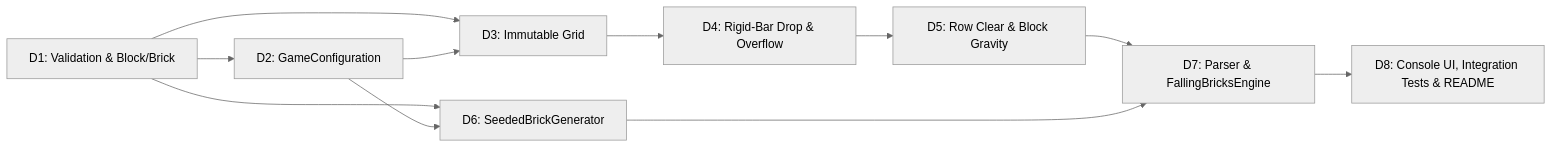
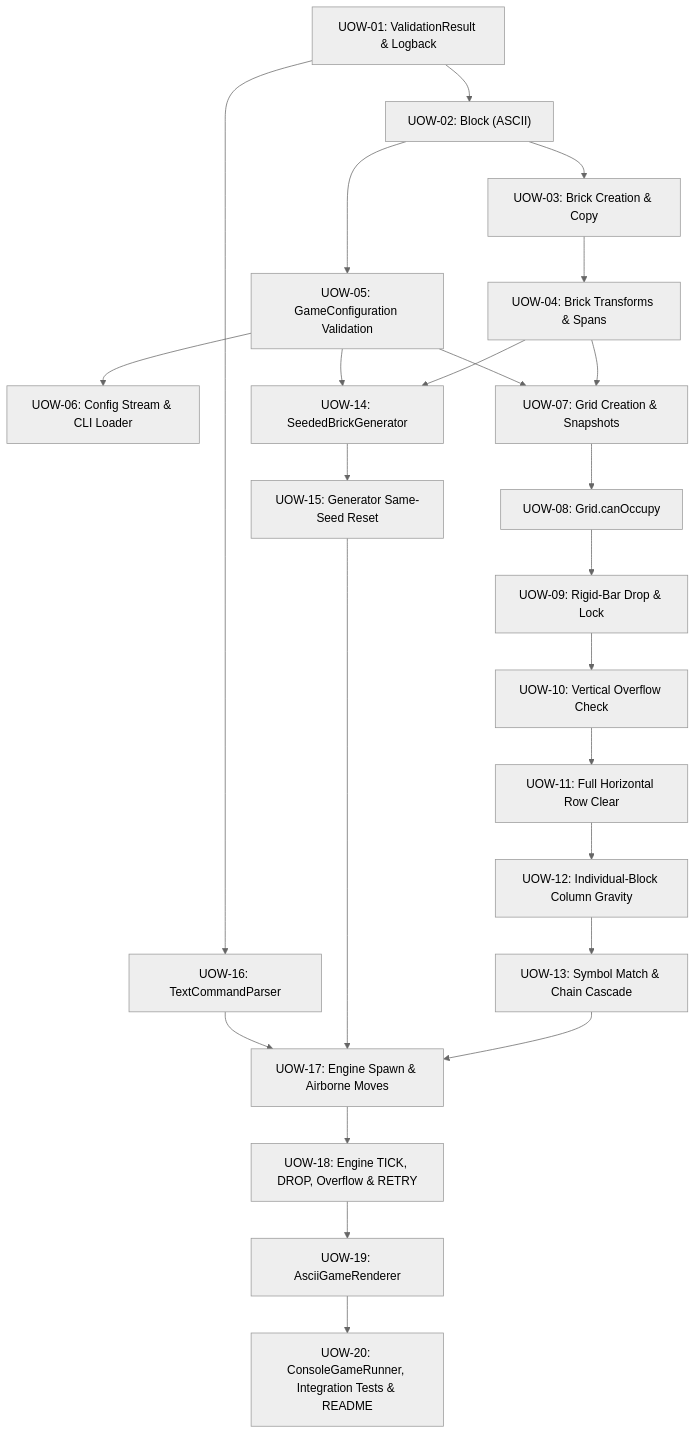
One commit to farmmatt/java-test changed the diagram in openspec/changes/falling-bricks-game/tasks.md. Above: the diagram before and after it, drawn with Mermaid (neutral theme). The commit also changed other lines of this file and 3 other files, not shown here.

Commit message:
docs(plan): define 20 atomic Units of Work (UOW-01..UOW-20) and UOW tracking matrix with TDD tests first

````diff
--- a/openspec/changes/falling-bricks-game/tasks.md
+++ b/openspec/changes/falling-bricks-game/tasks.md
@@ -46,13 +51,26 @@
 ```mermaid
-flowchart LR
-    D1["D1: Validation & Block/Brick"] --> D2["D2: GameConfiguration"]
-    D1 --> D3["D3: Immutable Grid"]
-    D2 --> D3
-    D3 --> D4["D4: Rigid-Bar Drop & Overflow"]
-    D4 --> D5["D5: Row Clear & Block Gravity"]
-    D1 --> D6["D6: SeededBrickGenerator"]
-    D2 --> D6
-    D5 --> D7["D7: Parser & FallingBricksEngine"]
-    D6 --> D7
-    D7 --> D8["D8: Console UI, Integration Tests & README"]
+flowchart TD
+    UOW01["UOW-01: ValidationResult & Logback"] --> UOW02["UOW-02: Block (ASCII)"]
+    UOW02 --> UOW03["UOW-03: Brick Creation & Copy"]
+    UOW03 --> UOW04["UOW-04: Brick Transforms & Spans"]
+    UOW02 --> UOW05["UOW-05: GameConfiguration Validation"]
+    UOW05 --> UOW06["UOW-06: Config Stream & CLI Loader"]
+    UOW04 --> UOW07["UOW-07: Grid Creation & Snapshots"]
+    UOW05 --> UOW07
+    UOW07 --> UOW08["UOW-08: Grid.canOccupy"]
+    UOW08 --> UOW09["UOW-09: Rigid-Bar Drop & Lock"]
+    UOW09 --> UOW10["UOW-10: Vertical Overflow Check"]
+    UOW10 --> UOW11["UOW-11: Full Horizontal Row Clear"]
+    UOW11 --> UOW12["UOW-12: Individual-Block Column Gravity"]
+    UOW12 --> UOW13["UOW-13: Symbol Match & Chain Cascade"]
+    UOW04 --> UOW14["UOW-14: SeededBrickGenerator"]
+    UOW05 --> UOW14
+    UOW14 --> UOW15["UOW-15: Generator Same-Seed Reset"]
+    UOW01 --> UOW16["UOW-16: TextCommandParser"]
+    UOW13 --> UOW17["UOW-17: Engine Spawn & Airborne Moves"]
+    UOW15 --> UOW17
+    UOW16 --> UOW17
+    UOW17 --> UOW18["UOW-18: Engine TICK, DROP, Overflow & RETRY"]
+    UOW18 --> UOW19["UOW-19: AsciiGameRenderer"]
+    UOW19 --> UOW20["UOW-20: ConsoleGameRunner, Integration Tests & README"]
 ```
````
